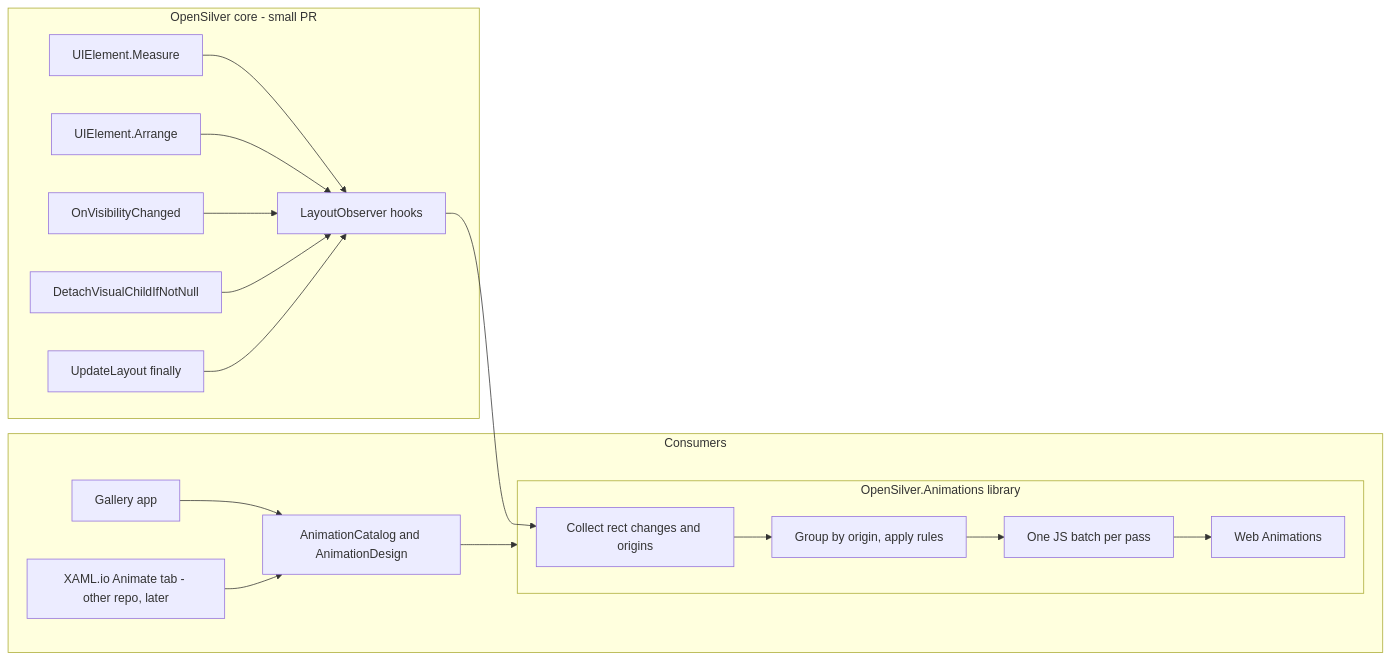
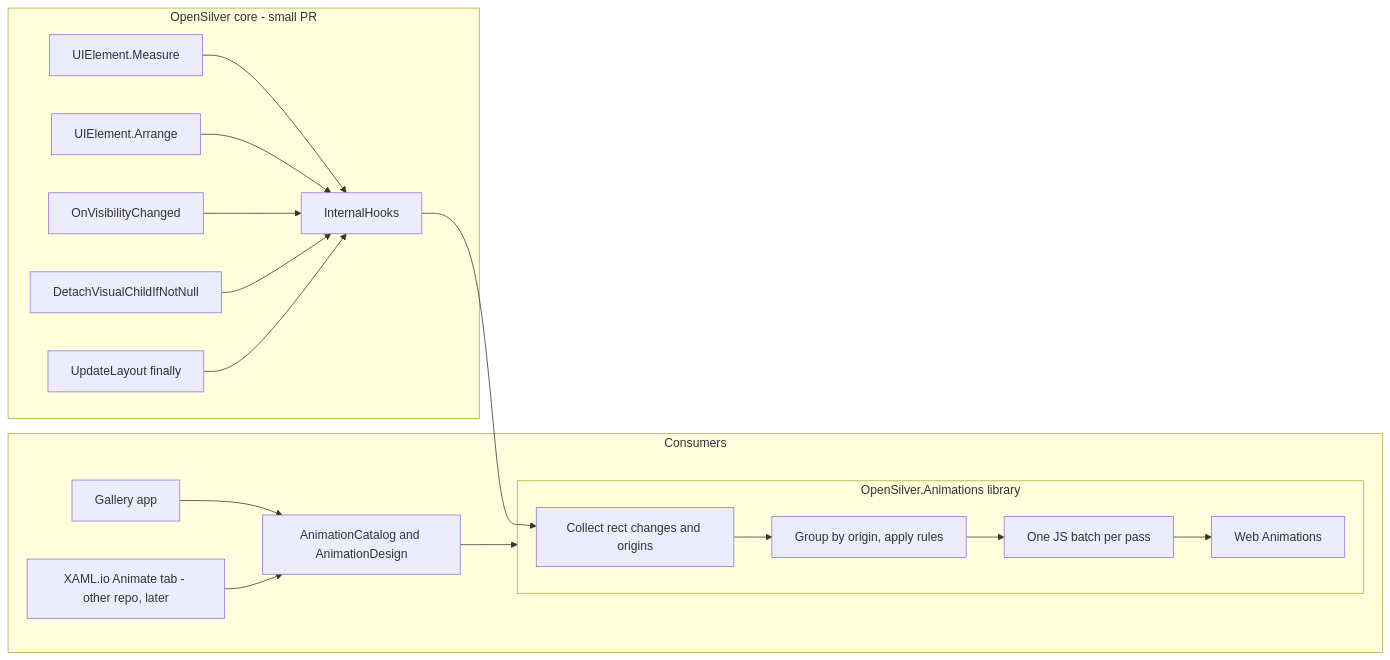
Before and after one commit to OpenSilver/OpenSilver.Animations: the diagram in docs/design.md, drawn with Mermaid. The commit also changed other lines of this file and 6 other files, not shown here.

First line of the commit message:
Use OpenSilver's InternalHooks, the new name of LayoutObserver

````diff
--- a/docs/design.md
+++ b/docs/design.md
@@ -11,21 +11,21 @@
 ```mermaid
 flowchart LR
     subgraph core [OpenSilver core - small PR]
-        measure[UIElement.Measure] --> observer[LayoutObserver hooks]
+        measure[UIElement.Measure] --> observer[InternalHooks]
         arrange[UIElement.Arrange] --> observer
         visibility[OnVisibilityChanged] --> observer
         detach[DetachVisualChildIfNotNull] --> observer
         passEnd["UpdateLayout finally"] --> observer
     end
     subgraph lib [OpenSilver.Animations library]
         observer --> collect["Collect rect changes and origins"]
         collect --> decide["Group by origin, apply rules"]
         decide --> batch["One JS batch per pass"]
         batch --> waapi["Web Animations"]
     end
     subgraph apps [Consumers]
         gallery[Gallery app] --> catalog["AnimationCatalog and AnimationDesign"]
         xamlio["XAML.io Animate tab - other repo, later"] --> catalog
         catalog --> lib
     end
 ```
````
